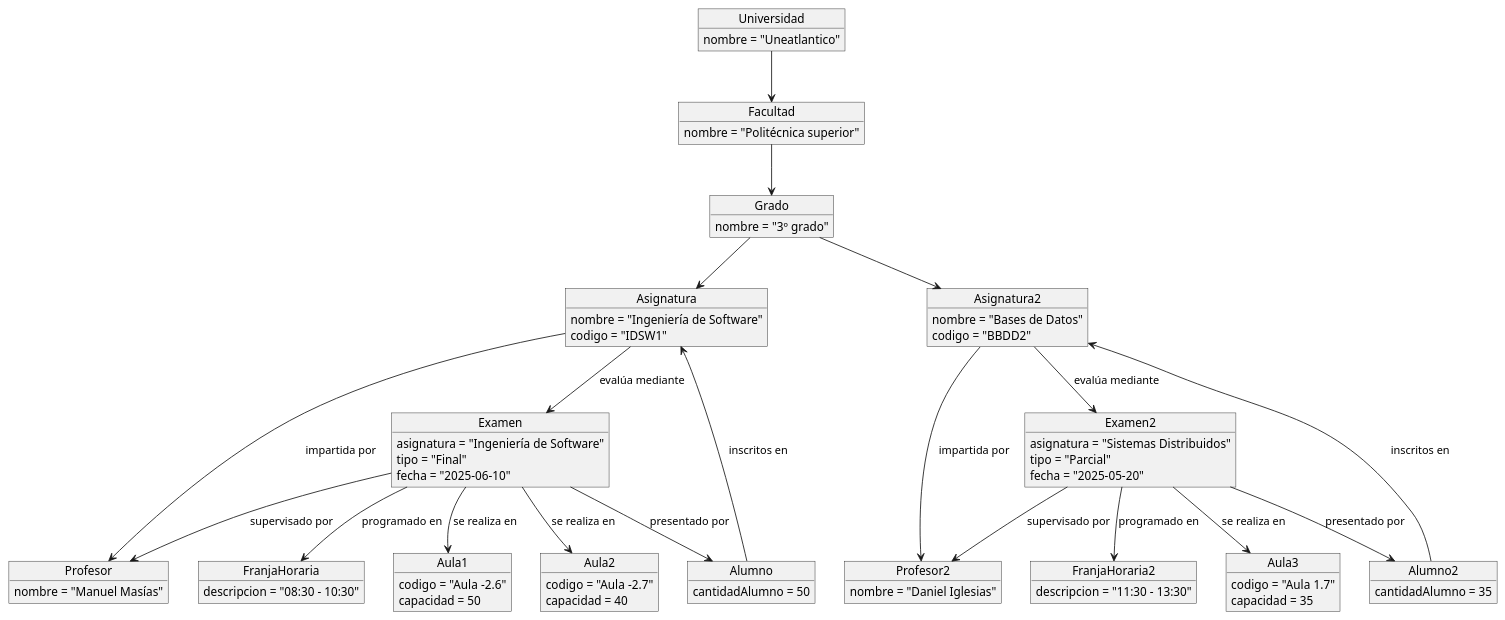
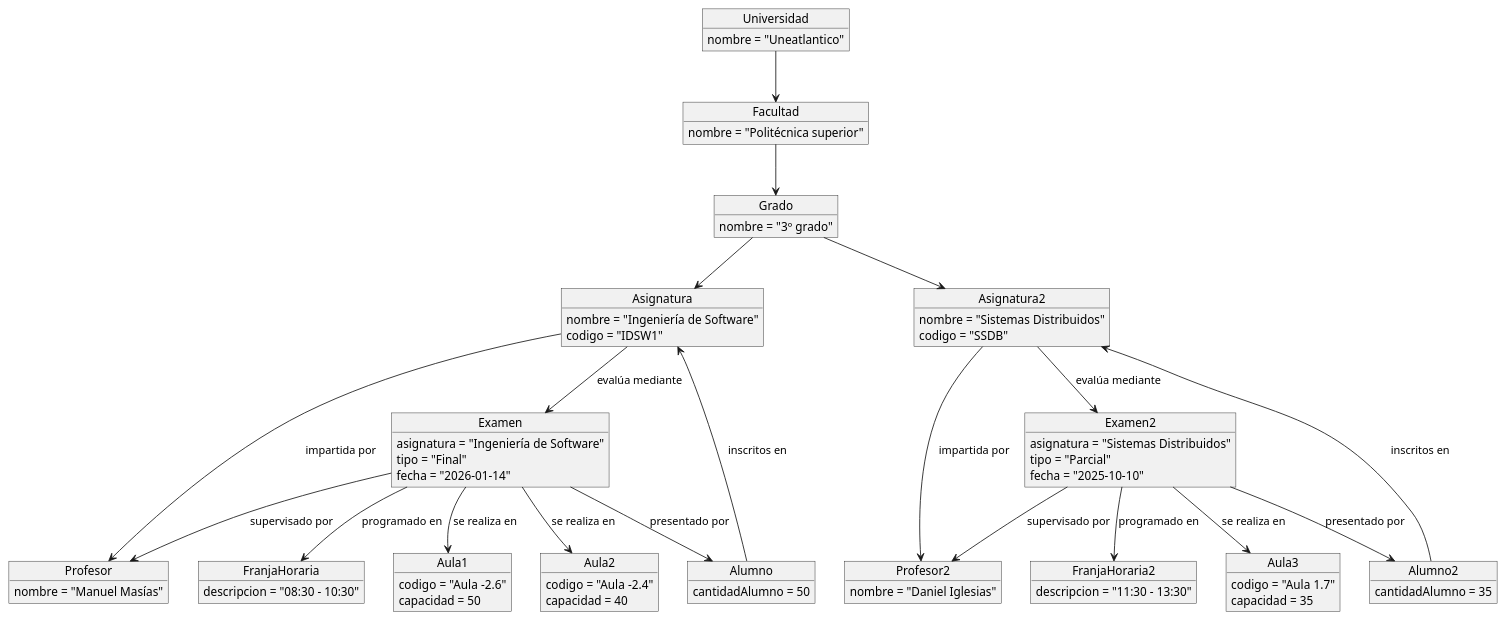
Before and after one commit to Alejandrojuarez0105/25-26-IdSw1-SdR: the diagram in modelos/modelosUML/SegundoDiagramaDeObjetosGeneradorExamenes.puml, drawn with PlantUML. The commit also changed 1 other file, not shown here.

Commit message:
Correccion de nombres en el segundo diagrama de objetos

```diff
--- a/modelos/modelosUML/SegundoDiagramaDeObjetosGeneradorExamenes.puml
+++ b/modelos/modelosUML/SegundoDiagramaDeObjetosGeneradorExamenes.puml
@@ -1,100 +1,100 @@
 @startuml
 
 object Universidad {
 nombre = "Uneatlantico"
 }
 
 object Facultad {
 nombre = "Politécnica superior"
 }
 
 object Grado {
 nombre = "3º grado"
 }
 
 object Asignatura {
 nombre = "Ingeniería de Software"
 codigo = "IDSW1"
 }
 
 object Asignatura2 {
-nombre = "Bases de Datos"
-codigo = "BBDD2"
+nombre = "Sistemas Distribuidos"
+codigo = "SSDB"
 }
 
 object Examen{
 asignatura = "Ingeniería de Software"
 tipo = "Final"
-fecha = "2025-06-10"
+fecha = "2026-01-14"
 }
 
 object Examen2{
 asignatura = "Sistemas Distribuidos"
 tipo = "Parcial"
-fecha = "2025-05-20"
+fecha = "2025-10-10"
 }
 
 object Profesor {
 nombre = "Manuel Masías"
 }
 
 object Profesor2 {
 nombre = "Daniel Iglesias"
 }
 
 object FranjaHoraria{
 descripcion = "08:30 - 10:30"
 }
 
 object FranjaHoraria2{
 descripcion = "11:30 - 13:30"
 }
 
 object Aula1 {
 codigo = "Aula -2.6"
 capacidad = 50
 }
 
 object Aula2 {
-codigo = "Aula -2.7"
+codigo = "Aula -2.4"
 capacidad = 40
 }
 
 object Aula3 {
 codigo = "Aula 1.7"
 capacidad = 35
 }
 
 object Alumno {
 cantidadAlumno = 50
 }
 
 object Alumno2 {
 cantidadAlumno = 35
 }
 
 Universidad --> Facultad
 Facultad --> Grado
 Grado --> Asignatura
 Grado --> Asignatura2
 
 Asignatura --> Profesor : impartida por
 Alumno --> Asignatura : inscritos en
 Asignatura --> Examen   : evalúa mediante
 
 Asignatura2 --> Profesor2 : impartida por
 Alumno2 --> Asignatura2 : inscritos en
 Asignatura2 --> Examen2   : evalúa mediante
 
 Examen --> FranjaHoraria : programado en
 Examen --> Profesor      : supervisado por
 Examen --> Alumno        : presentado por
 Examen --> Aula1 : se realiza en
 Examen --> Aula2 : se realiza en
 
 Examen2 --> FranjaHoraria2 : programado en
 Examen2 --> Profesor2      : supervisado por
 Examen2 --> Alumno2        : presentado por
 Examen2 --> Aula3 : se realiza en
 
 @enduml
```
